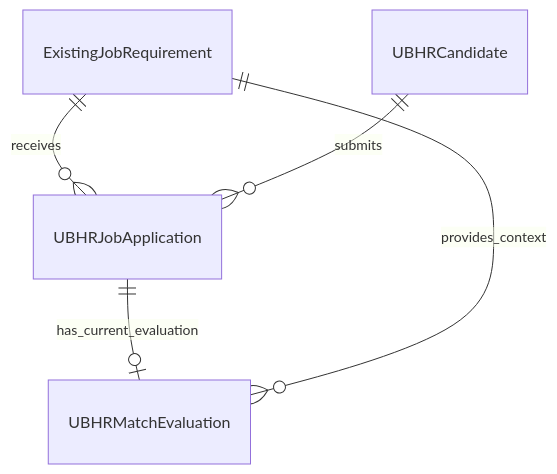
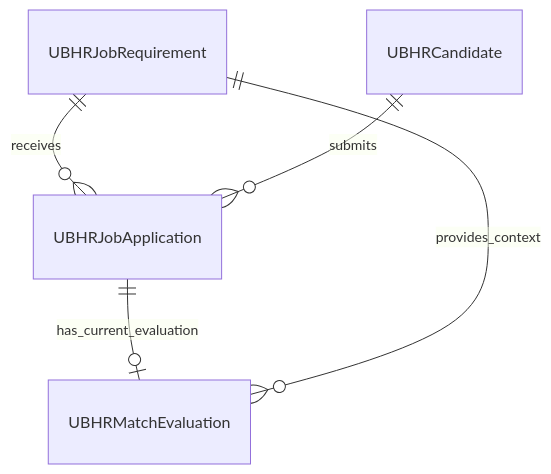
One commit to SriTharoon05/UB_HRProcess_Agent changed the diagram in docs/d365-schema.md. Above: the diagram before and after it, drawn with Mermaid. The commit also changed other lines of this file and 33 other files, not shown here.

````diff
--- a/docs/d365-schema.md
+++ b/docs/d365-schema.md
@@ -11,7 +18,7 @@
 ```mermaid
 erDiagram
-    ExistingJobRequirement ||--o{ UBHRJobApplication : receives
+    UBHRJobRequirement ||--o{ UBHRJobApplication : receives
     UBHRCandidate ||--o{ UBHRJobApplication : submits
     UBHRJobApplication ||--o| UBHRMatchEvaluation : has_current_evaluation
-    ExistingJobRequirement ||--o{ UBHRMatchEvaluation : provides_context
+    UBHRJobRequirement ||--o{ UBHRMatchEvaluation : provides_context
 ```
````
